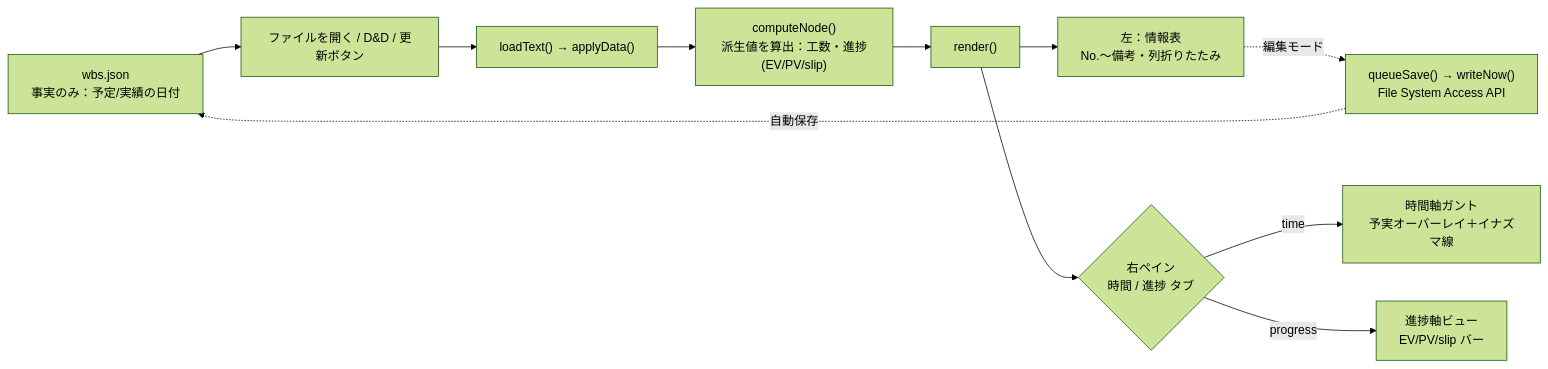
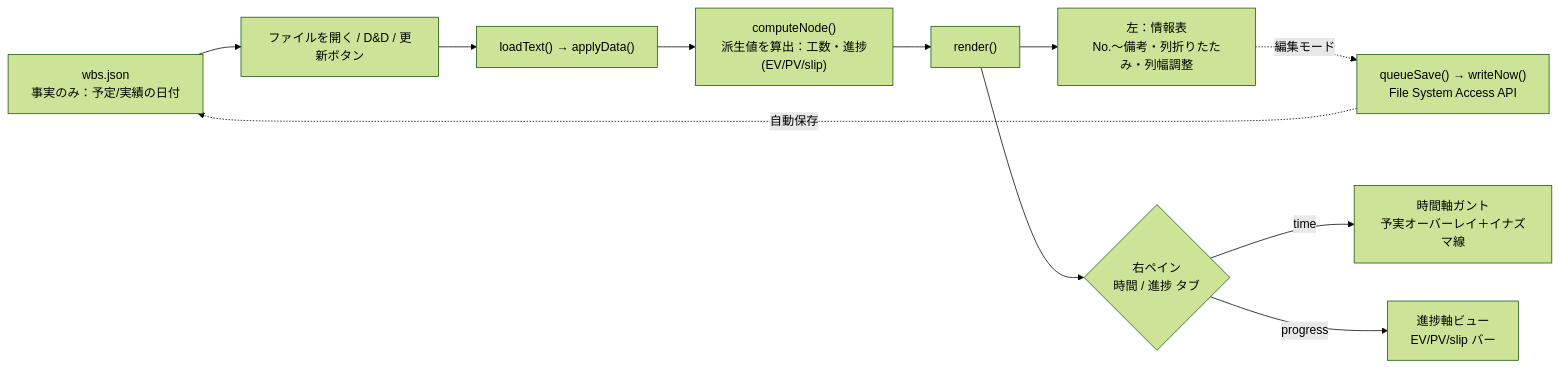
The first of 2 diagrams in docs/design/system-overview.md (MaedaK-TKK/single-file-wbs), drawn with Mermaid (forest theme) before and after one commit. The commit also changed other lines of this file and 1 other file, not shown here.

Commit message:
feat(wbs): restore left table column resize

````diff
--- a/docs/design/system-overview.md
+++ b/docs/design/system-overview.md
@@ -40,20 +40,20 @@
 ```mermaid
 graph LR
     JSON[wbs.json<br/>事実のみ：予定/実績の日付]
     OPEN[ファイルを開く / D&D / 更新ボタン]
     LOAD["loadText() → applyData()"]
     CALC["computeNode()<br/>派生値を算出：工数・進捗(EV/PV/slip)"]
     RENDER["render()"]
-    LEFT[左：情報表<br/>No.〜備考・列折りたたみ]
+    LEFT[左：情報表<br/>No.〜備考・列折りたたみ・列幅調整]
     TABS{右ペイン<br/>時間 / 進捗 タブ}
     GANTT[時間軸ガント<br/>予実オーバーレイ＋イナズマ線]
     PROG[進捗軸ビュー<br/>EV/PV/slip バー]
 
     JSON --> OPEN --> LOAD --> CALC --> RENDER
     RENDER --> LEFT
     RENDER --> TABS
     TABS -->|time| GANTT
     TABS -->|progress| PROG
     LEFT -.編集モード.-> WRITE["queueSave() → writeNow()<br/>File System Access API"]
     WRITE -.自動保存.-> JSON
 ```
````
